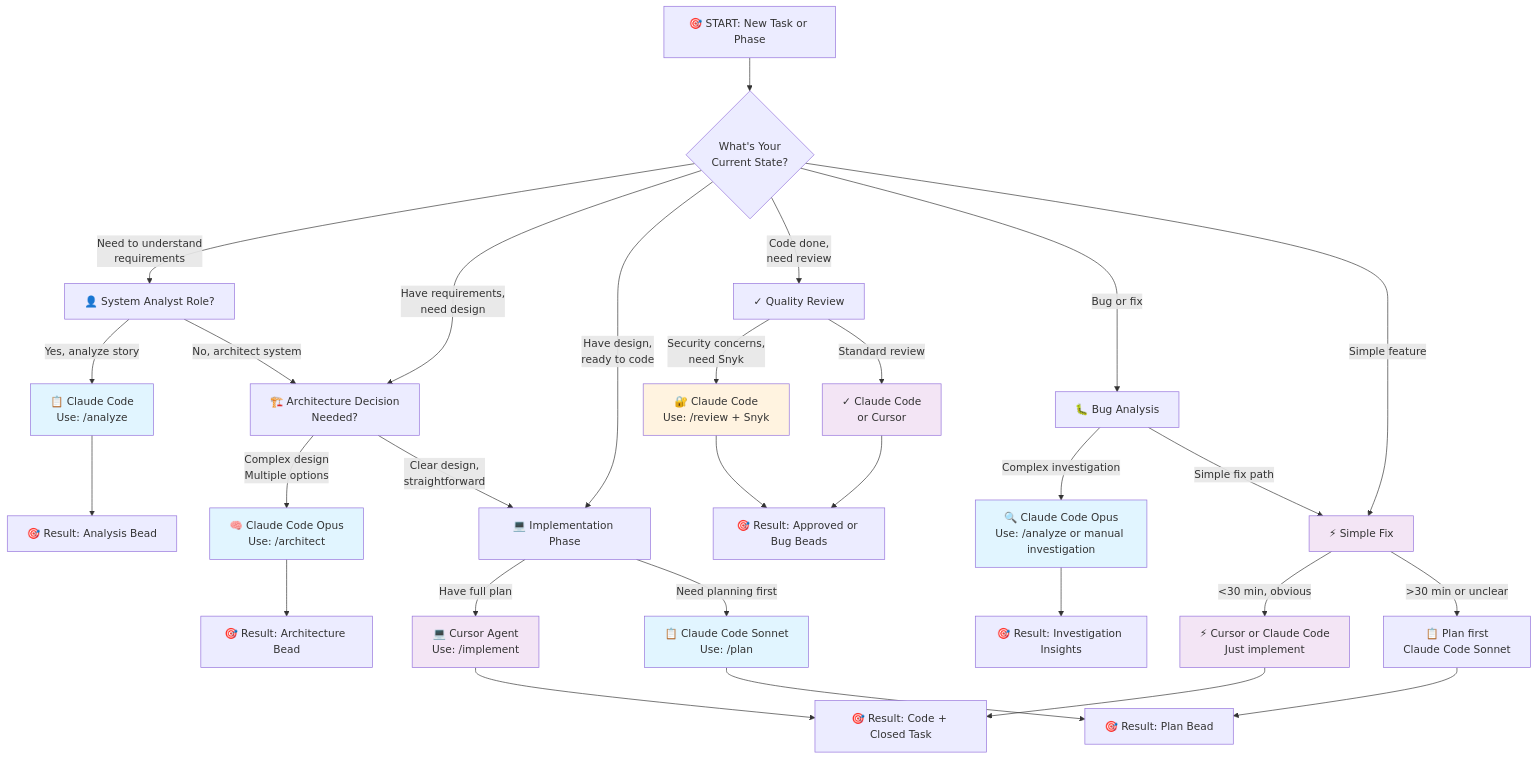
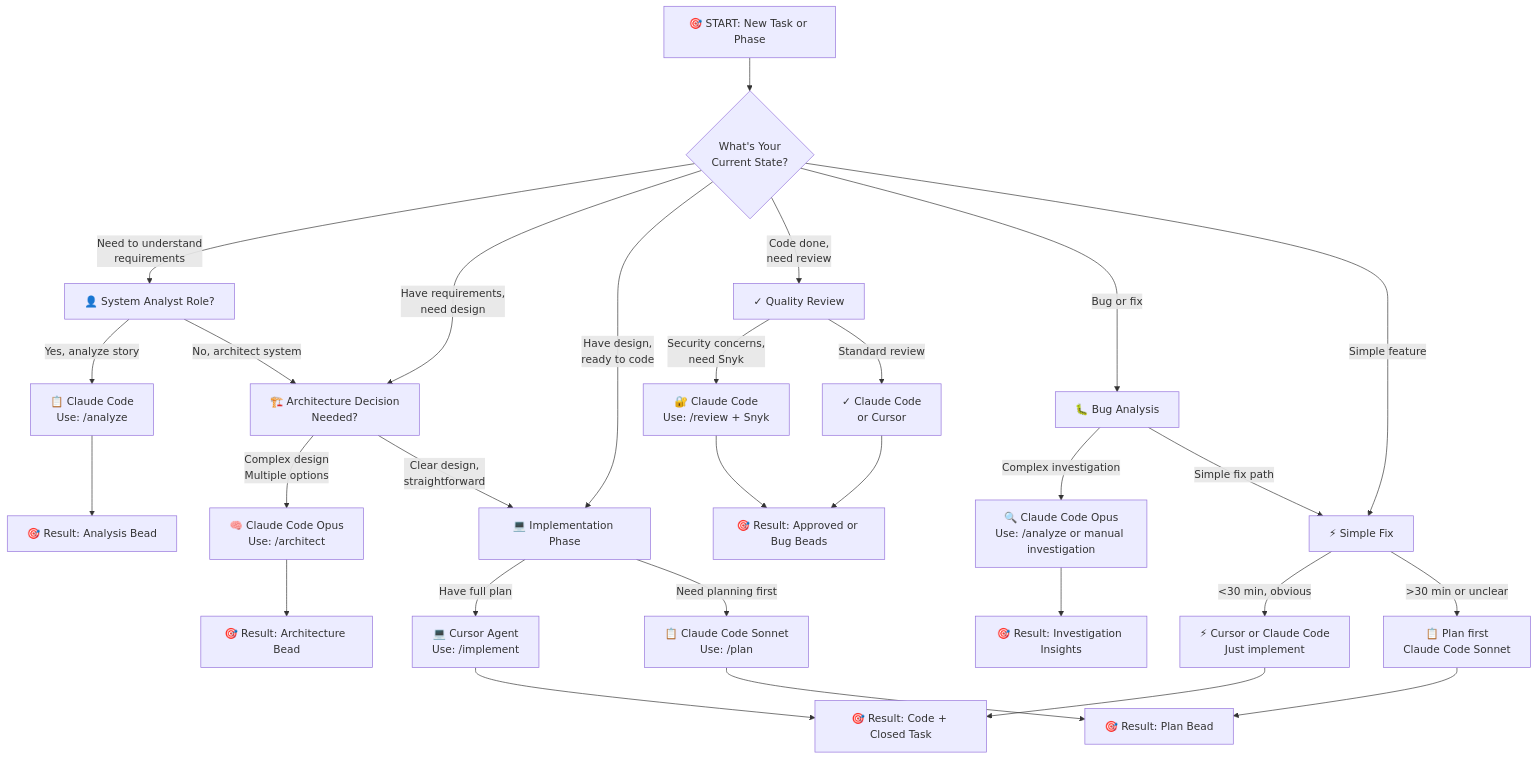
Before and after one commit to sovavibe/shared-ai-configs: the diagram in docs/IDE-WORKFLOW-GUIDE/00-IDE-DECISION-FLOWCHART.md, drawn with Mermaid. The commit also changed 10 other files, not shown here.

Commit message:
fix(docs): remove mermaid styles for dark mode compatibility

````diff
--- a/docs/IDE-WORKFLOW-GUIDE/00-IDE-DECISION-FLOWCHART.md
+++ b/docs/IDE-WORKFLOW-GUIDE/00-IDE-DECISION-FLOWCHART.md
@@ -9,49 +9,40 @@
 ```mermaid
 flowchart TD
     A["🎯 START: New Task or Phase"] --> B{"What's Your<br/>Current State?"}
 
     B -->|"Need to understand<br/>requirements"| C["👤 System Analyst Role?"]
     B -->|"Have requirements,<br/>need design"| D["🏗️ Architecture Decision<br/>Needed?"]
     B -->|"Have design,<br/>ready to code"| E["💻 Implementation Phase"]
     B -->|"Code done,<br/>need review"| F["✓ Quality Review"]
     B -->|"Bug or fix"| G["🐛 Bug Analysis"]
     B -->|"Simple feature"| H["⚡ Simple Fix"]
 
     C -->|"Yes, analyze story"| I["📋 Claude Code<br/>Use: /analyze"]
     C -->|"No, architect system"| D
 
     D -->|"Complex design<br/>Multiple options"| J["🧠 Claude Code Opus<br/>Use: /architect"]
     D -->|"Clear design,<br/>straightforward"| E
 
     E -->|"Have full plan"| K["💻 Cursor Agent<br/>Use: /implement"]
     E -->|"Need planning first"| L["📋 Claude Code Sonnet<br/>Use: /plan"]
 
     F -->|"Security concerns,<br/>need Snyk"| M["🔐 Claude Code<br/>Use: /review + Snyk"]
     F -->|"Standard review"| N["✓ Claude Code<br/>or Cursor"]
 
     G -->|"Complex investigation"| O["🔍 Claude Code Opus<br/>Use: /analyze or manual investigation"]
     G -->|"Simple fix path"| H
 
     H -->|"<30 min, obvious"| P["⚡ Cursor or Claude Code<br/>Just implement"]
     H -->|">30 min or unclear"| Q["📋 Plan first<br/>Claude Code Sonnet"]
 
     I --> R["🎯 Result: Analysis Bead"]
     J --> S["🎯 Result: Architecture Bead"]
     L --> T["🎯 Result: Plan Bead"]
     K --> U["🎯 Result: Code + Closed Task"]
     M --> V["🎯 Result: Approved or Bug Beads"]
     N --> V
     O --> W["🎯 Result: Investigation Insights"]
     P --> U
     Q --> T
 
-    style I fill:#e1f5ff
-    style J fill:#e1f5ff
-    style L fill:#e1f5ff
-    style O fill:#e1f5ff
-    style M fill:#fff3e0
-    style K fill:#f3e5f5
-    style N fill:#f3e5f5
-    style P fill:#f3e5f5
-    style H fill:#f3e5f5
 ```
````
